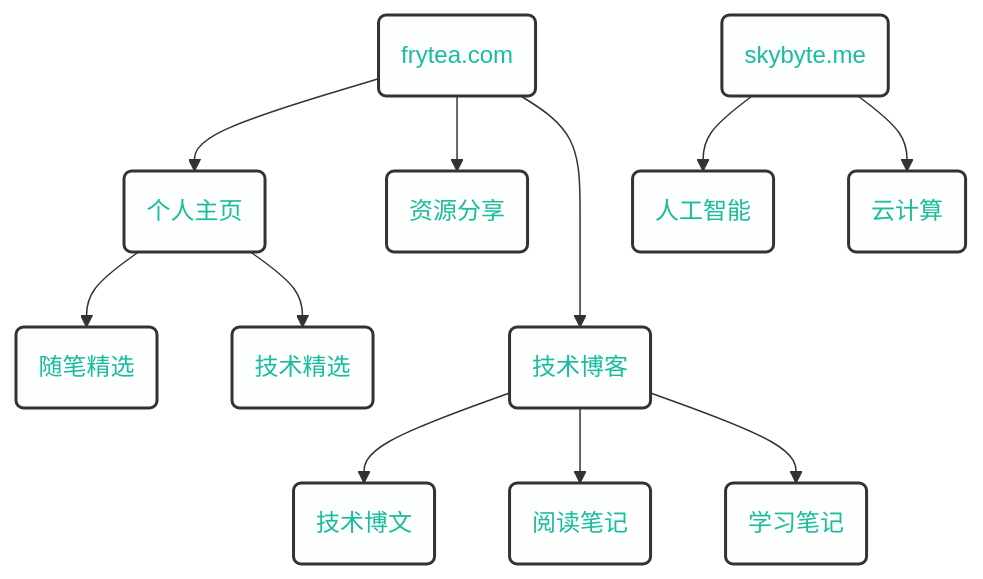
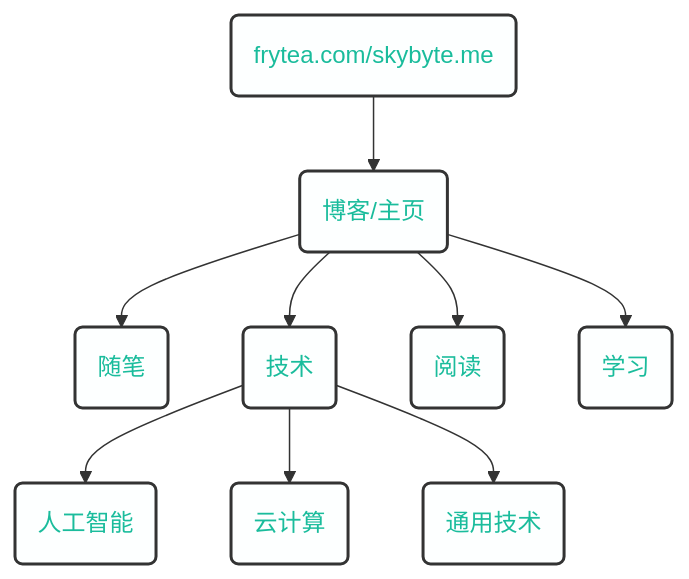
The diagram in content/about.md (songtianlun/songtianlun.github.io), drawn with Mermaid before and after one commit. The commit also changed other lines of this file, not shown here.

Commit message:
fix update about

````diff
--- a/content/about.md
+++ b/content/about.md
@@ -18,30 +18,25 @@
 ```mermaid
 graph TD
 
 
-    F(frytea.com)-->H(个人主页)
-    F-->D(资源分享)
-    F--->B(技术博客)
+    F(frytea.com/skybyte.me)-->H(博客/主页)
 
-    H-->HA(随笔精选)
-    H-->HT(技术精选)
+    H-->HA(随笔)
+    H-->HT(技术)
+    H-->BL(阅读)
+    H-->BS(学习)
 
-    B-->BT(技术博文)
-    B-->BL(阅读笔记)
-    B-->BS(学习笔记)
-
-    S(skybyte.me)-->SA(人工智能)
-    S-->SC(云计算)
-
-    click F "https://www.frytea.com"
+    HT-->HTA(人工智能)
+    HT-->HTC(云计算)
+    HT-->HTT(通用技术)
+    
+    
     click H "https://www.frytea.com"
-    click S "https://skybyte.me"
     click B "https://blog.frytea.com"
     click D "https://res.frytea.com"
-    click P "https://image.frytea.com"
 
     classDef allNode fill:#fdffff,color:#1abc9c,stroke:#333,stroke-width:2px,size:9px;
     class F,D,H,B,P,S allNode;
     class HPR,HA,HT,BT,BL,BS allNode;
-    class SA,SC allNode;
+    class HTA,HTC,HTT allNode;
 ```
````
